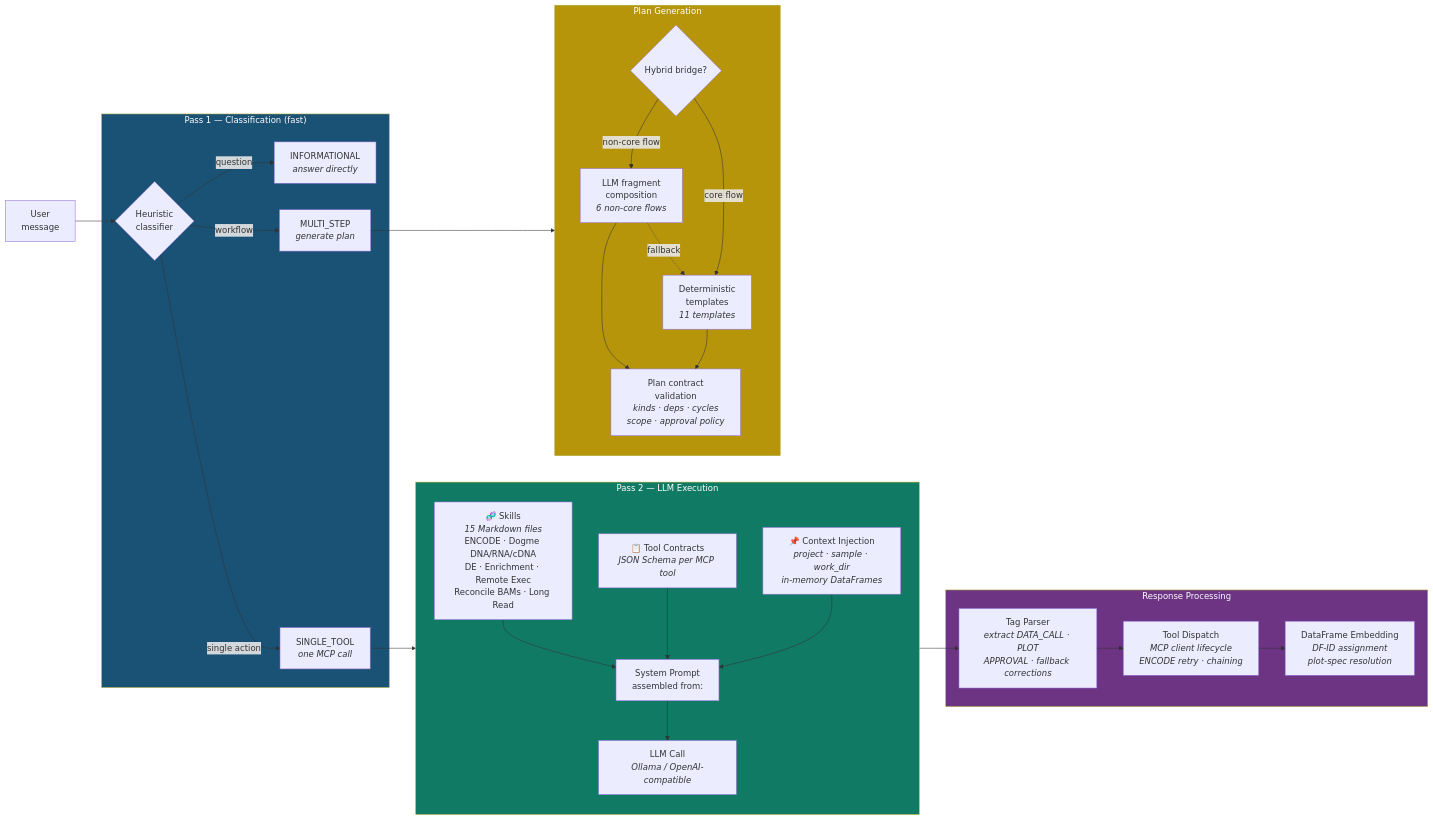
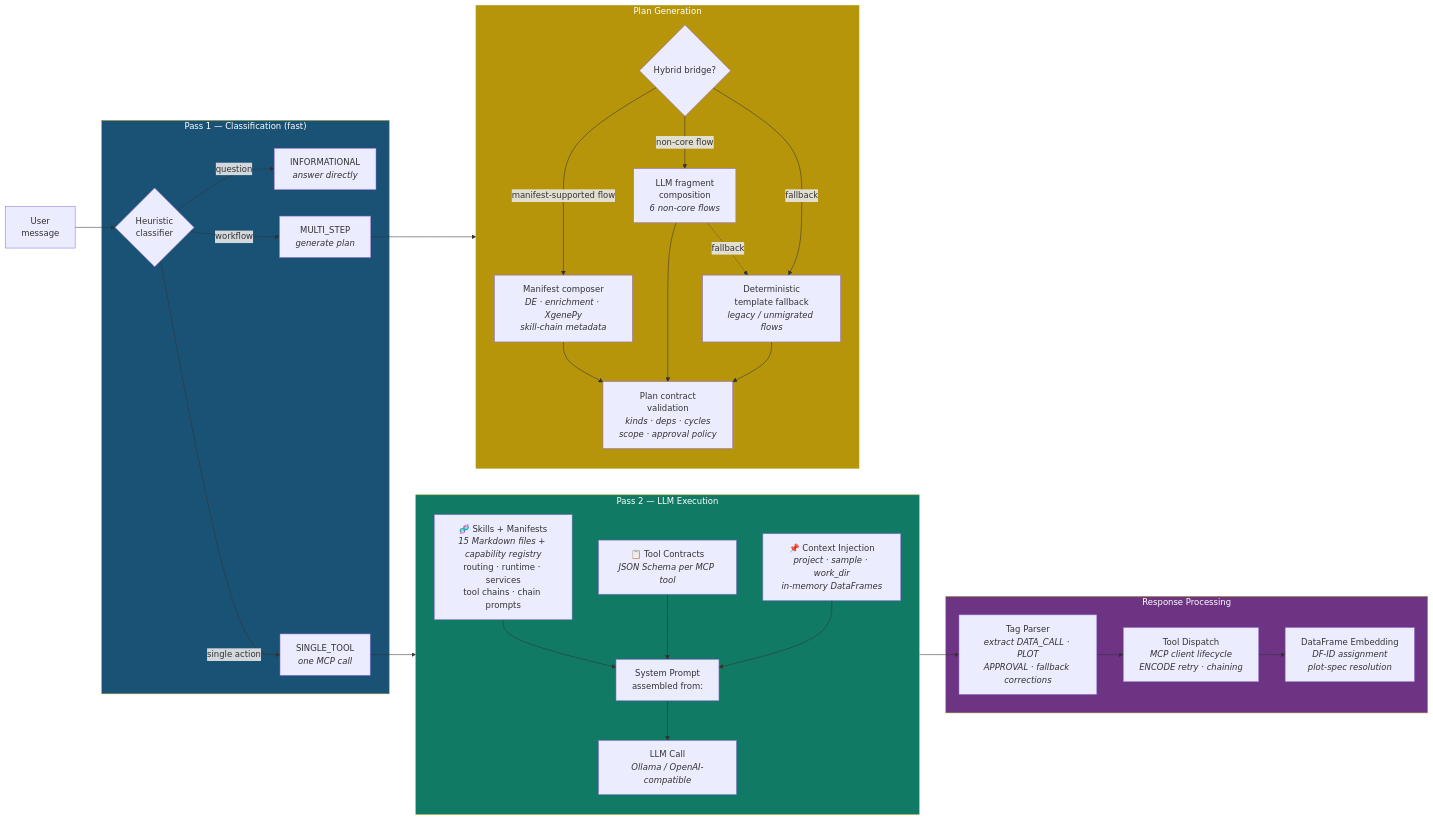
One commit to mortazavilab/agoutic changed the second of 8 diagrams in docs/architecture_diagrams.md. Above: the diagram before and after it, drawn with Mermaid. The commit also changed other lines of this file and 52 other files, not shown here.

Commit message:
refactored skills manifest

````diff
--- a/docs/architecture_diagrams.md
+++ b/docs/architecture_diagrams.md
@@ -97,54 +99,56 @@
 ```mermaid
 flowchart LR
     Msg["User<br/>message"]
 
     subgraph Pass1 ["Pass 1 — Classification (fast)"]
         Classify{"Heuristic<br/>classifier"}
         Info["INFORMATIONAL<br/><i>answer directly</i>"]
         Single["SINGLE_TOOL<br/><i>one MCP call</i>"]
         Multi["MULTI_STEP<br/><i>generate plan</i>"]
     end
 
     subgraph Pass2 ["Pass 2 — LLM Execution"]
         direction TB
         Prompt["System Prompt<br/>assembled from:"]
-        Skills["🧬 Skills<br/><i>15 Markdown files</i><br/>ENCODE · Dogme DNA/RNA/cDNA<br/>DE · Enrichment · Remote Exec<br/>Reconcile BAMs · Long Read"]
+        Skills["🧬 Skills + Manifests<br/><i>15 Markdown files + capability registry</i><br/>routing · runtime · services<br/>tool chains · chain prompts"]
         Contracts["📋 Tool Contracts<br/><i>JSON Schema per MCP tool</i>"]
         Context["📌 Context Injection<br/><i>project · sample · work_dir<br/>in-memory DataFrames</i>"]
         LLM["LLM Call<br/><i>Ollama / OpenAI-compatible</i>"]
     end
 
     subgraph Planning ["Plan Generation"]
         direction TB
         Hybrid{"Hybrid bridge?"}
+        ManifestPlan["Manifest composer<br/><i>DE · enrichment · XgenePy<br/>skill-chain metadata</i>"]
         LLMPlan["LLM fragment<br/>composition<br/><i>6 non-core flows</i>"]
-        Templates["Deterministic<br/>templates<br/><i>11 templates</i>"]
+        Templates["Deterministic<br/>template fallback<br/><i>legacy / unmigrated flows</i>"]
         Validate2["Plan contract<br/>validation<br/><i>kinds · deps · cycles<br/>scope · approval policy</i>"]
     end
 
     subgraph Output ["Response Processing"]
         TagParser["Tag Parser<br/><i>extract DATA_CALL · PLOT<br/>APPROVAL · fallback corrections</i>"]
         ToolDispatch["Tool Dispatch<br/><i>MCP client lifecycle<br/>ENCODE retry · chaining</i>"]
         DFEmbed["DataFrame Embedding<br/><i>DF-ID assignment<br/>plot-spec resolution</i>"]
     end
 
     Msg --> Classify
     Classify -->|question| Info
     Classify -->|single action| Single
     Classify -->|workflow| Multi
     Single --> Prompt
     Multi --> Planning
+    Hybrid -->|manifest-supported flow| ManifestPlan --> Validate2
     Hybrid -->|non-core flow| LLMPlan --> Validate2
-    Hybrid -->|core flow| Templates --> Validate2
+    Hybrid -->|fallback| Templates --> Validate2
     LLMPlan -.->|fallback| Templates
     Skills --> Prompt
     Contracts --> Prompt
     Context --> Prompt
     Prompt --> LLM
     LLM --> TagParser --> ToolDispatch --> DFEmbed
 
     style Pass1 fill:#1a5276,color:#fff
     style Pass2 fill:#117a65,color:#fff
     style Planning fill:#b7950b,color:#fff
     style Output fill:#6c3483,color:#fff
 ```
````
